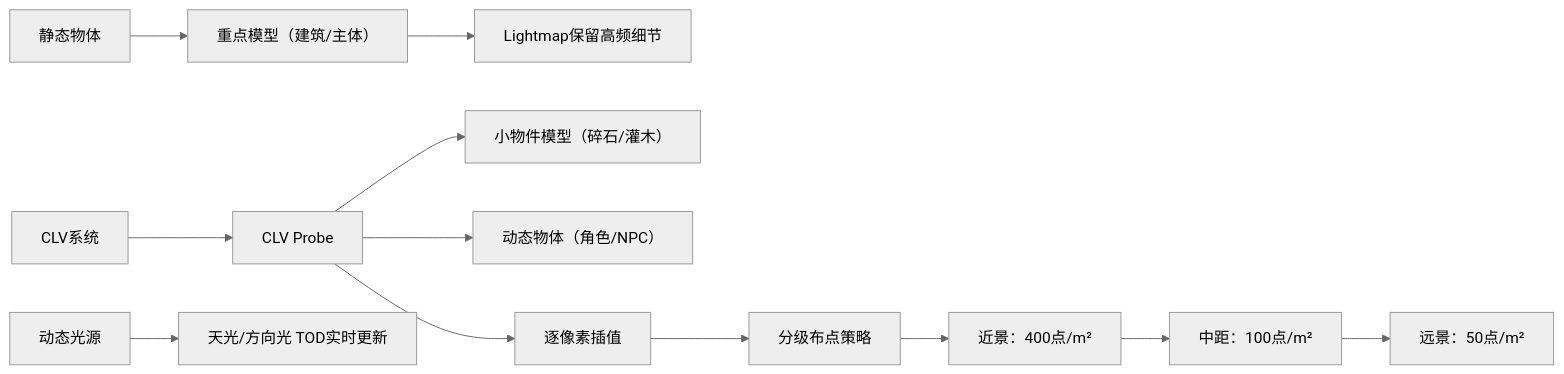
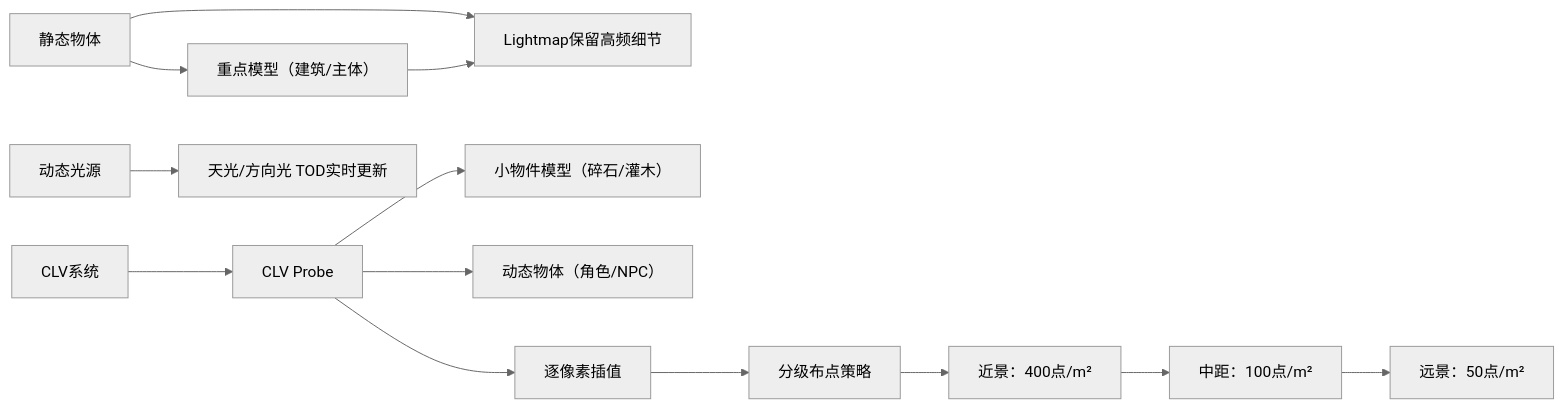
One commit to archieluan/iodraw-files changed the diagram in all/未命名-5.md. Above: the diagram before and after it, drawn with Mermaid (neutral theme).

Commit message:
2025-07-08 10:58:58 update

````diff
--- a/all/未命名-5.md
+++ b/all/未命名-5.md
@@ -1,21 +1,22 @@
 ```mermaid
 graph LR
     %% ===== 静态物体（独立处理）=====
     A[静态物体] --> A1["重点模型（建筑/主体）"]
+    A[静态物体] --> A2["重点模型（建筑/主体）"]
     A1 --> A2["Lightmap保留高频细节"]
     
 
     %% ===== 动态系统（小物件与动态物体合并）=====
     B[CLV系统] --> B1[CLV Probe]
     B1 --> B2["小物件模型（碎石/灌木）"]
     B1 --> B3["动态物体（角色/NPC）"]
     B1 --> B4[逐像素插值]
     B4 --> B5["分级布点策略"]
     B5 --> B6["近景：400点/m²"]
     B6 --> B7["中距：100点/m²"]
     B7 --> B8["远景：50点/m²"]
 
     %% ===== 动态光源（保持不变）=====
     C[动态光源] --> C1["天光/方向光 TOD实时更新"]
 
 ```
````
